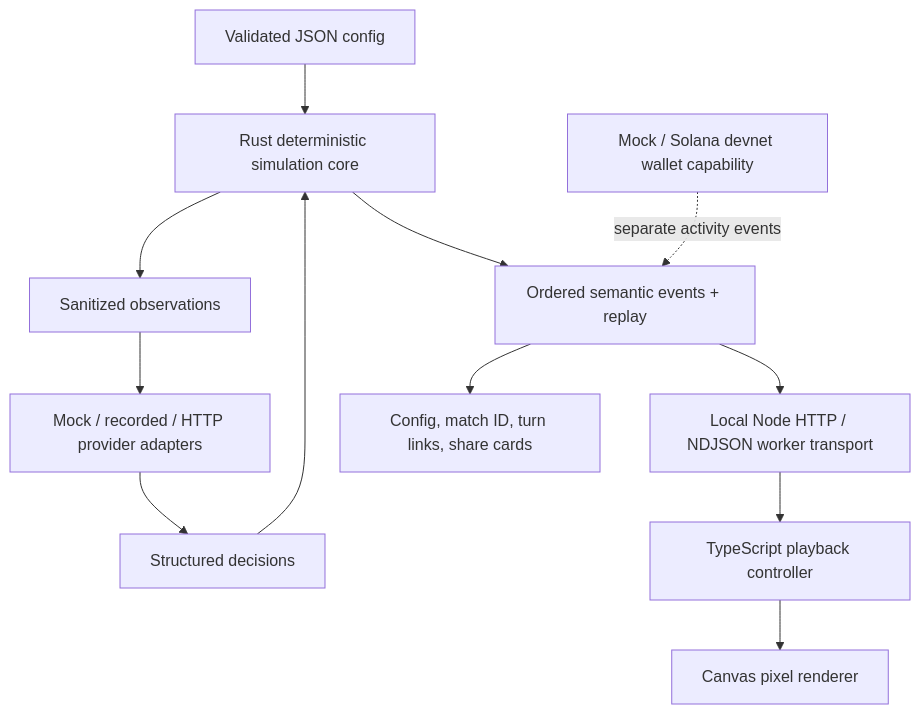
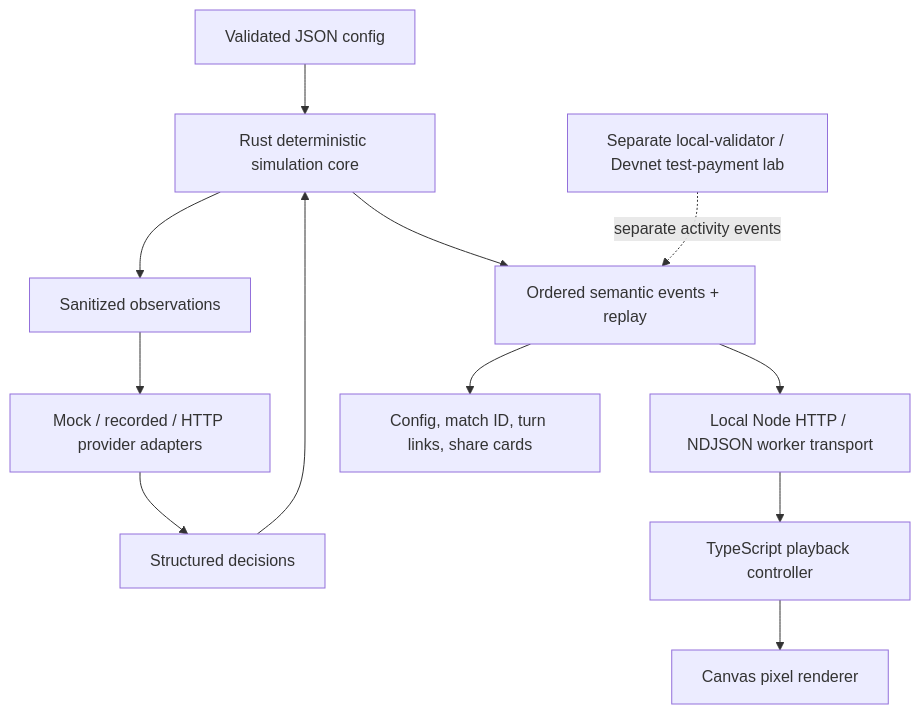
The diagram in docs/LAST_SEAT.md (lewodro/autonomous-agent-economy), drawn with Mermaid before and after one commit. The commit also changed other lines of this file and 7 other files, not shown here.

Commit message:
economy-ui-002-document-credit-and-test-payment-boundaries

````diff
--- a/docs/LAST_SEAT.md
+++ b/docs/LAST_SEAT.md
@@ -50,14 +52,14 @@
 ```mermaid
 flowchart TD
   Config[Validated JSON config] --> Rust[Rust deterministic simulation core]
   Rust --> Obs[Sanitized observations]
   Obs --> Adapters[Mock / recorded / HTTP provider adapters]
   Adapters --> Intent[Structured decisions]
   Intent --> Rust
   Rust --> Events[Ordered semantic events + replay]
   Events --> Transport[Local Node HTTP / NDJSON worker transport]
   Transport --> TS[TypeScript playback controller]
   TS --> Canvas[Canvas pixel renderer]
   Events --> Share[Config, match ID, turn links, share cards]
-  Wallet[Mock / Solana devnet wallet capability] -. separate activity events .-> Events
+  PaymentLab[Separate local-validator / Devnet test-payment lab] -. separate activity events .-> Events
 ```
````
